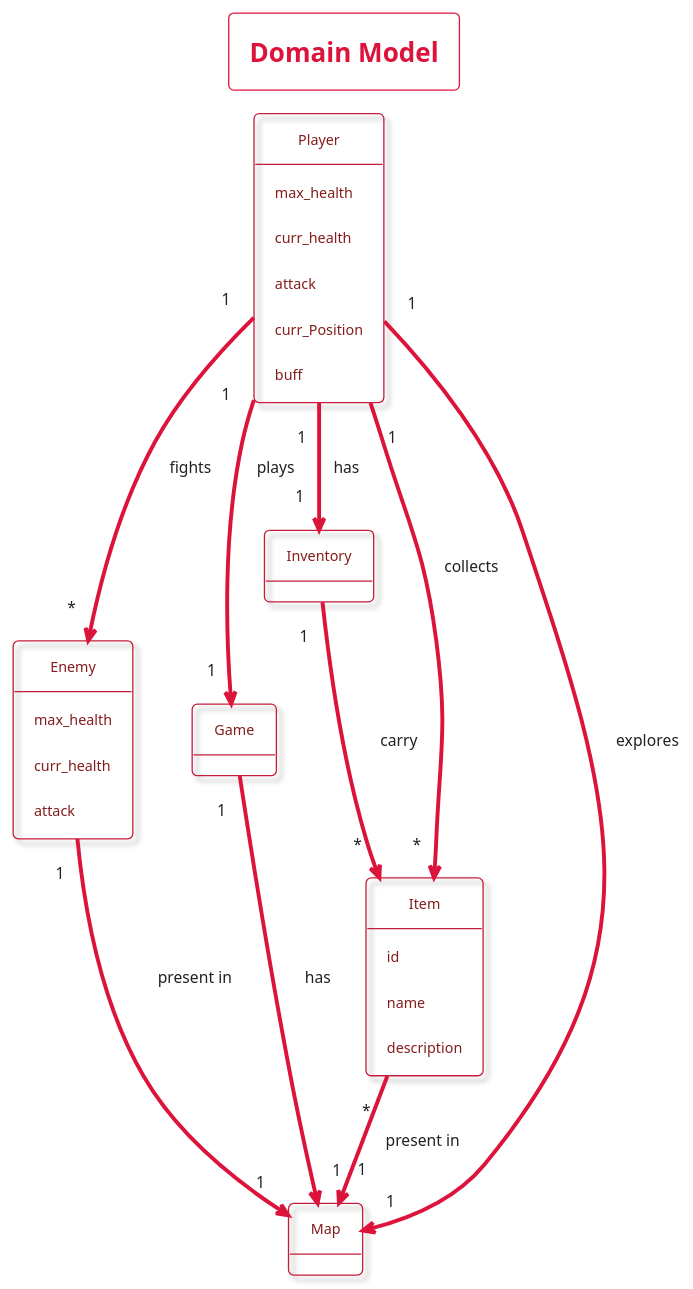
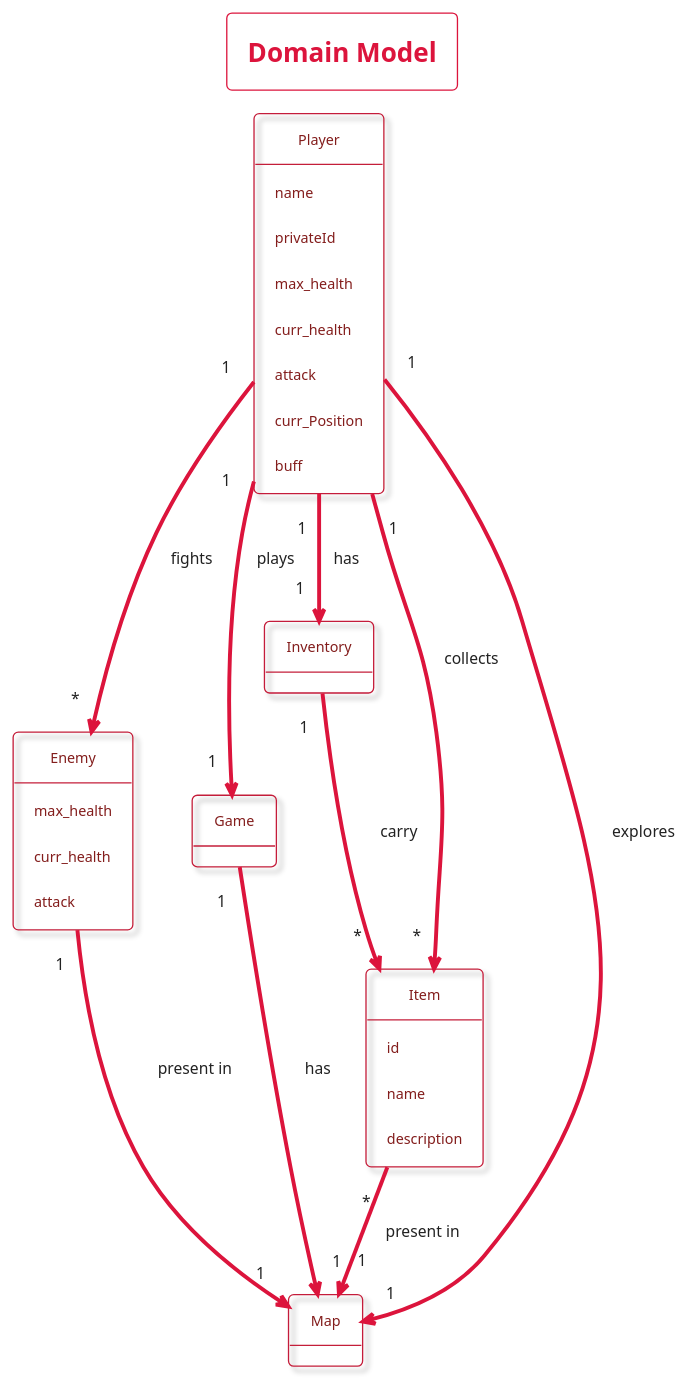
Before and after one commit to LimeiGuan/Text_Adventure_Game: the diagram in docs/uml/DomainModel.plantuml, drawn with PlantUML.

```diff
--- a/docs/uml/DomainModel.plantuml
+++ b/docs/uml/DomainModel.plantuml
@@ -1,56 +1,58 @@
 @startuml DomainModel
 
 !theme materia-outline
 
 skinparam ArrowColor #DC143C
 skinparam BackgroundColor #FFFFFF
 
 skinparam ObjectBorderColor #C41E3A
 skinparam ObjectFontColor #831D1C
 
 skinparam titleBorderColor #DC143C
 skinparam titleFontColor #DC143C
 
 title Domain Model
 
 object Player {
+  name
+  privateId
   max_health
   curr_health
   attack
   curr_Position
   buff
   }
   
 object Enemy{
   max_health
   curr_health
   attack
   }
 
 object Game
 
 object Inventory
 
 object Item {
   id
   name
   description
   }
 
 object Map {
 
   }
 
 
 Player "1" --> "1" Game: plays
 Player "1" --> "*" Enemy: fights
 Player "1" --> "1" Map: explores
 Player "1" --> "1" Inventory: has
 Player "1" --> "*" Item: collects
 
 Game "1" --> "1" Map: has
 Item "*" --> "1" Map: present in
 Inventory "1" --> "*" Item: carry
 Enemy "1" --> "1" Map: present in 
 
 @enduml
```
